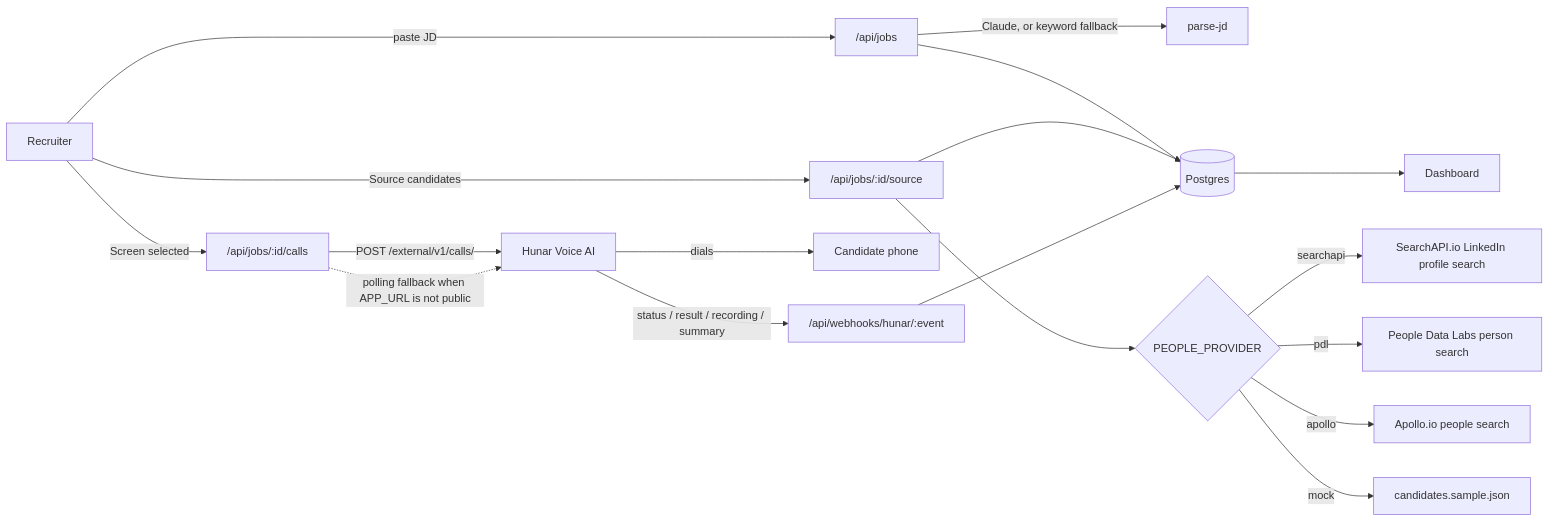
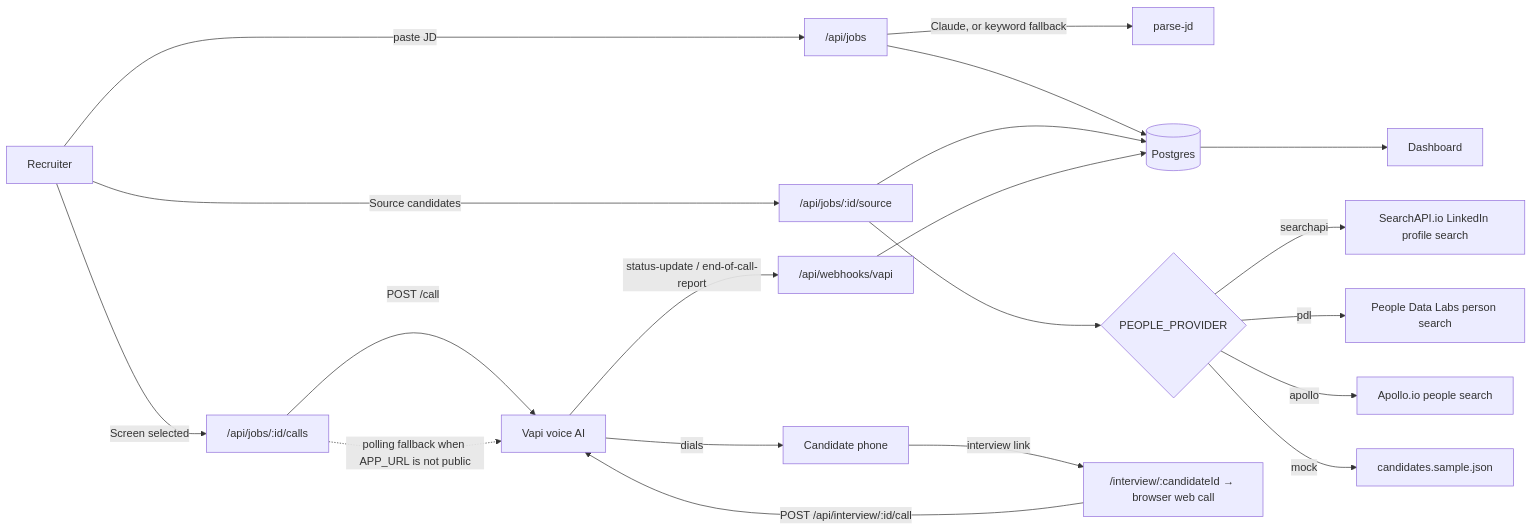
Before and after one commit to anshikmantri77/ai-hiring-assistant: the diagram in README.md, drawn with Mermaid. The commit also changed other lines of this file and 6 other files, not shown here.

Commit message:
Docs: Vapi setup, env vars, status

````diff
--- a/README.md
+++ b/README.md
@@ -15,22 +15,26 @@
 ```mermaid
 flowchart LR
   U[Recruiter] -->|paste JD| A["/api/jobs"]
   A -->|Claude, or keyword fallback| P[parse-jd]
   A --> DB[(Postgres)]
 
   U -->|Source candidates| S["/api/jobs/:id/source"]
   S --> PS{PEOPLE_PROVIDER}
   PS -->|searchapi| SA[SearchAPI.io LinkedIn profile search]
   PS -->|pdl| PD[People Data Labs person search]
   PS -->|apollo| AP[Apollo.io people search]
   PS -->|mock| MK[candidates.sample.json]
   S --> DB
 
   U -->|Screen selected| C["/api/jobs/:id/calls"]
-  C -->|POST /external/v1/calls/| H[Hunar Voice AI]
+  C -->|POST /call| H[Vapi voice AI]
   H -->|dials| CAND[Candidate phone]
-  H -->|status / result / recording / summary| W["/api/webhooks/hunar/:event"]
+
+  CAND -->|interview link| I["/interview/:candidateId → browser web call"]
+  I -->|POST /api/interview/:id/call| H
+
+  H -->|status-update / end-of-call-report| W["/api/webhooks/vapi"]
   W --> DB
   C -.->|polling fallback when APP_URL is not public| H
   DB --> D[Dashboard]
 ```
````
